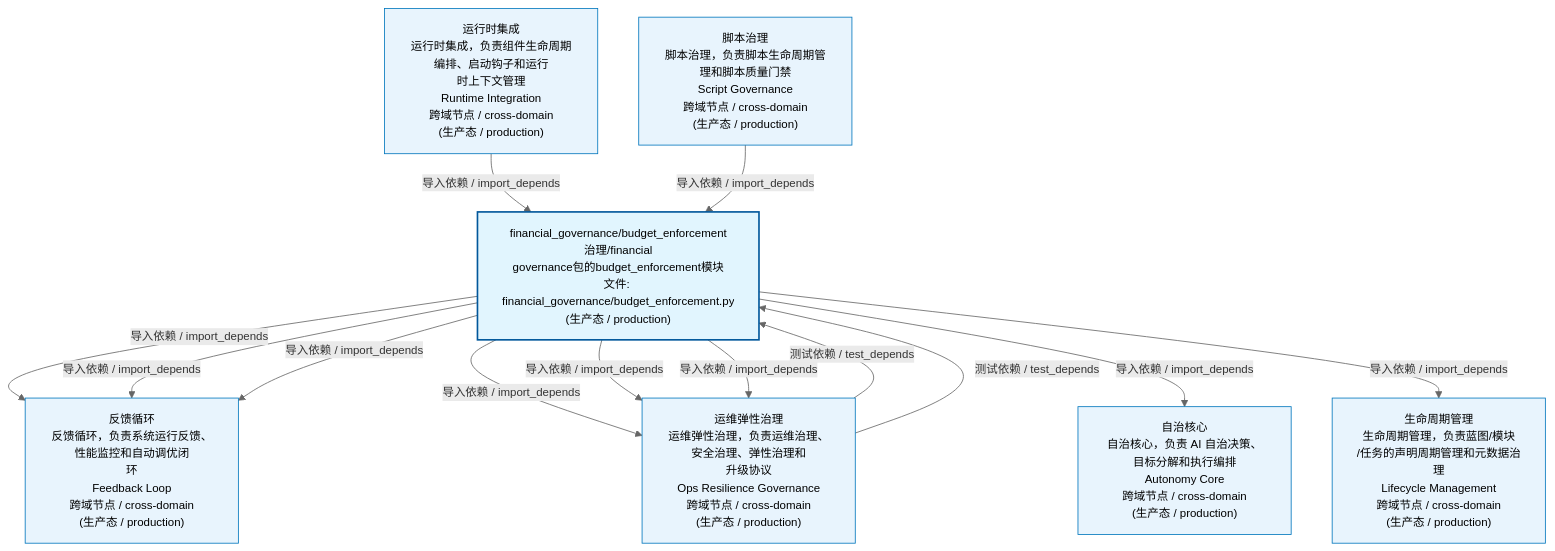
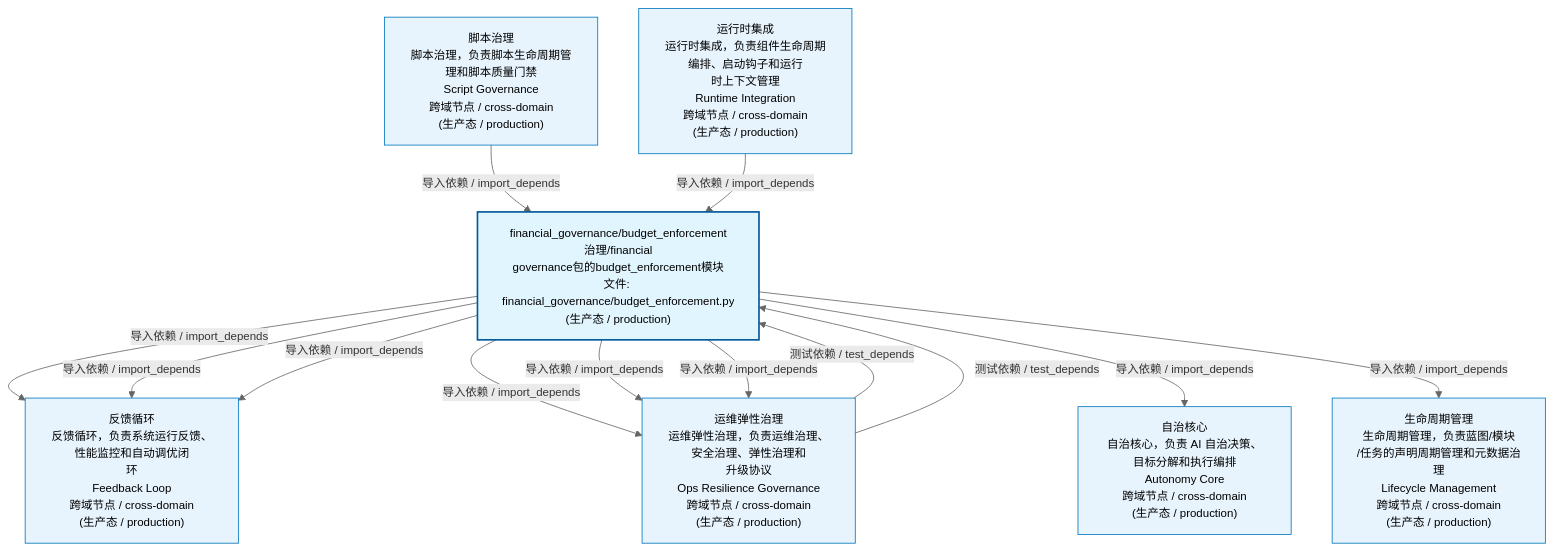
Before and after one commit to xuanFelixVan/ZephyrAlpha: the first of 3 diagrams in docs/02_enterprise_architecture/02_domain_architecture_docs/54_d_gov_repair.md, drawn with Mermaid. The commit also changed 52 other files, not shown here.

````diff
--- a/docs/02_enterprise_architecture/02_domain_architecture_docs/54_d_gov_repair.md
+++ b/docs/02_enterprise_architecture/02_domain_architecture_docs/54_d_gov_repair.md
@@ -53,29 +53,29 @@
 ```mermaid
 %%{init: {'theme': 'base', 'themeVariables': {'primaryColor': '#eaeaea', 'primaryTextColor': '#333333', 'primaryBorderColor': '#666666', 'lineColor': '#666666', 'secondaryColor': '#eaeaea', 'tertiaryColor': '#eaeaea', 'fontSize': '14px'}}}%%
 flowchart TD
     src_zephyr_governance_financial_governance_budget_enforcement_py["financial_governance/budget_enforcement<br/>治理/financial<br/>governance包的budget_enforcement模块<br/>文件: financial_governance/budget_enforcement.py<br/>(生产态 / production)"]
     D_OPS["反馈循环<br/>反馈循环，负责系统运行反馈、性能监控和自动调优闭<br/>环<br/>Feedback Loop<br/>跨域节点 / cross-domain<br/>(生产态 / production)"]
     src_zephyr_governance_financial_governance_budget_enforcement_py -->|导入依赖 / import_depends| D_OPS
-    src_zephyr_governance_financial_governance_budget_enforcement_py -->|导入依赖 / import_depends| D_OPS
     D_GOV_OPS_RESILIENCE["运维弹性治理<br/>运维弹性治理，负责运维治理、安全治理、弹性治理和<br/>升级协议<br/>Ops Resilience Governance<br/>跨域节点 / cross-domain<br/>(生产态 / production)"]
     src_zephyr_governance_financial_governance_budget_enforcement_py -->|导入依赖 / import_depends| D_GOV_OPS_RESILIENCE
     src_zephyr_governance_financial_governance_budget_enforcement_py -->|导入依赖 / import_depends| D_GOV_OPS_RESILIENCE
     src_zephyr_governance_financial_governance_budget_enforcement_py -->|导入依赖 / import_depends| D_GOV_OPS_RESILIENCE
     src_zephyr_governance_financial_governance_budget_enforcement_py -->|导入依赖 / import_depends| D_OPS
+    src_zephyr_governance_financial_governance_budget_enforcement_py -->|导入依赖 / import_depends| D_OPS
     D_AUTONOMY_CORE["自治核心<br/>自治核心，负责 AI 自治决策、目标分解和执行编排<br/>Autonomy Core<br/>跨域节点 / cross-domain<br/>(生产态 / production)"]
     src_zephyr_governance_financial_governance_budget_enforcement_py -->|导入依赖 / import_depends| D_AUTONOMY_CORE
     D_GOVERNANCE["生命周期管理<br/>生命周期管理，负责蓝图/模块<br/>/任务的声明周期管理和元数据治理<br/>Lifecycle Management<br/>跨域节点 / cross-domain<br/>(生产态 / production)"]
     src_zephyr_governance_financial_governance_budget_enforcement_py -->|导入依赖 / import_depends| D_GOVERNANCE
-    D_INFRA_RUNTIME["运行时集成<br/>运行时集成，负责组件生命周期编排、启动钩子和运行<br/>时上下文管理<br/>Runtime Integration<br/>跨域节点 / cross-domain<br/>(生产态 / production)"]
-    D_INFRA_RUNTIME -->|导入依赖 / import_depends| src_zephyr_governance_financial_governance_budget_enforcement_py
     D_GOV_OPS_RESILIENCE -->|测试依赖 / test_depends| src_zephyr_governance_financial_governance_budget_enforcement_py
     D_GOV_SCRIPTS["脚本治理<br/>脚本治理，负责脚本生命周期管理和脚本质量门禁<br/>Script Governance<br/>跨域节点 / cross-domain<br/>(生产态 / production)"]
     D_GOV_SCRIPTS -->|导入依赖 / import_depends| src_zephyr_governance_financial_governance_budget_enforcement_py
+    D_INFRA_RUNTIME["运行时集成<br/>运行时集成，负责组件生命周期编排、启动钩子和运行<br/>时上下文管理<br/>Runtime Integration<br/>跨域节点 / cross-domain<br/>(生产态 / production)"]
+    D_INFRA_RUNTIME -->|导入依赖 / import_depends| src_zephyr_governance_financial_governance_budget_enforcement_py
     D_GOV_OPS_RESILIENCE -->|测试依赖 / test_depends| src_zephyr_governance_financial_governance_budget_enforcement_py
     classDef production fill:#e1f5fe,stroke:#01579b,stroke-width:2px,color:#000
     classDef design fill:#fff3e0,stroke:#e65100,stroke-width:2px,color:#000,stroke-dasharray: 5 5
     classDef external_prod fill:#e8f4fd,stroke:#0277bd,stroke-width:1px,color:#000
     classDef external_design fill:#fff8e7,stroke:#ef6c00,stroke-width:1px,color:#000,stroke-dasharray: 5 5
     class src_zephyr_governance_financial_governance_budget_enforcement_py production
-    class D_OPS,D_GOV_OPS_RESILIENCE,D_AUTONOMY_CORE,D_GOVERNANCE,D_INFRA_RUNTIME,D_GOV_SCRIPTS external_prod
+    class D_OPS,D_GOV_OPS_RESILIENCE,D_AUTONOMY_CORE,D_GOVERNANCE,D_GOV_SCRIPTS,D_INFRA_RUNTIME external_prod
 ```
````
